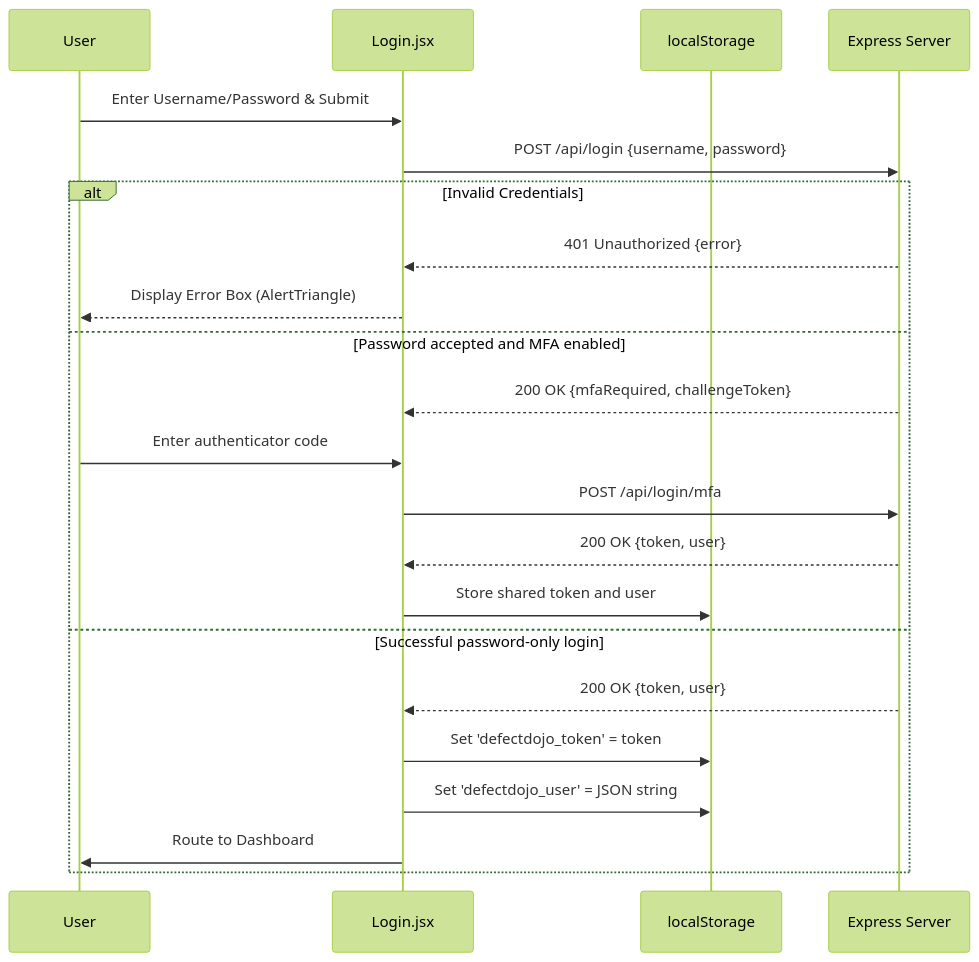
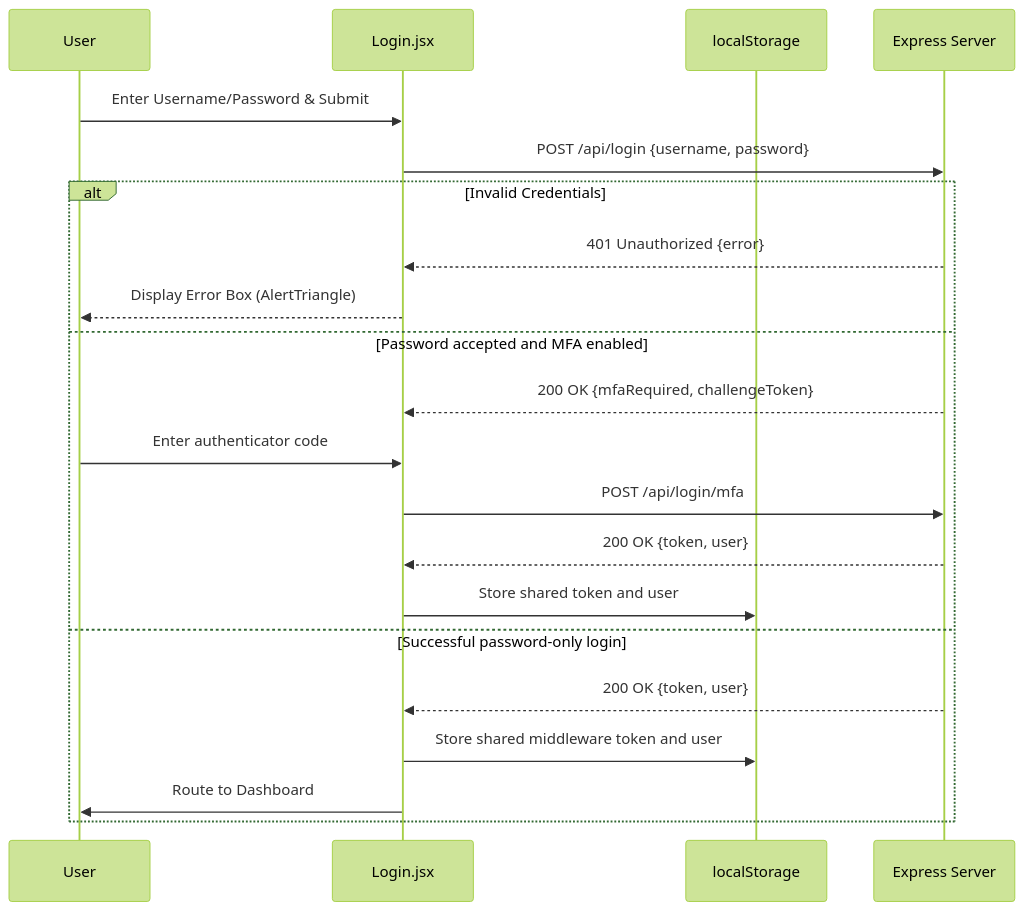
One commit to Ratthapoom681/Middleware-2.0 changed the second of 4 diagrams in apps/docs/content/00-overview.md. Above: the diagram before and after it, drawn with Mermaid (forest theme). The commit also changed other lines of this file and 118 other files, not shown here.

````diff
--- a/apps/docs/content/00-overview.md
+++ b/apps/docs/content/00-overview.md
@@ -118,25 +122,24 @@
 ```mermaid
 sequenceDiagram
     participant User
     participant LoginUI as Login.jsx
     participant LocalStore as localStorage
     participant Server as Express Server
     
     User->>LoginUI: Enter Username/Password & Submit
     LoginUI->>Server: POST /api/login {username, password}
     alt Invalid Credentials
         Server-->>LoginUI: 401 Unauthorized {error}
         LoginUI-->>User: Display Error Box (AlertTriangle)
     else Password accepted and MFA enabled
         Server-->>LoginUI: 200 OK {mfaRequired, challengeToken}
         User->>LoginUI: Enter authenticator code
         LoginUI->>Server: POST /api/login/mfa
         Server-->>LoginUI: 200 OK {token, user}
         LoginUI->>LocalStore: Store shared token and user
     else Successful password-only login
         Server-->>LoginUI: 200 OK {token, user}
-        LoginUI->>LocalStore: Set 'defectdojo_token' = token
-        LoginUI->>LocalStore: Set 'defectdojo_user' = JSON string
+        LoginUI->>LocalStore: Store shared middleware token and user
         LoginUI->>User: Route to Dashboard
     end
 ```
````
